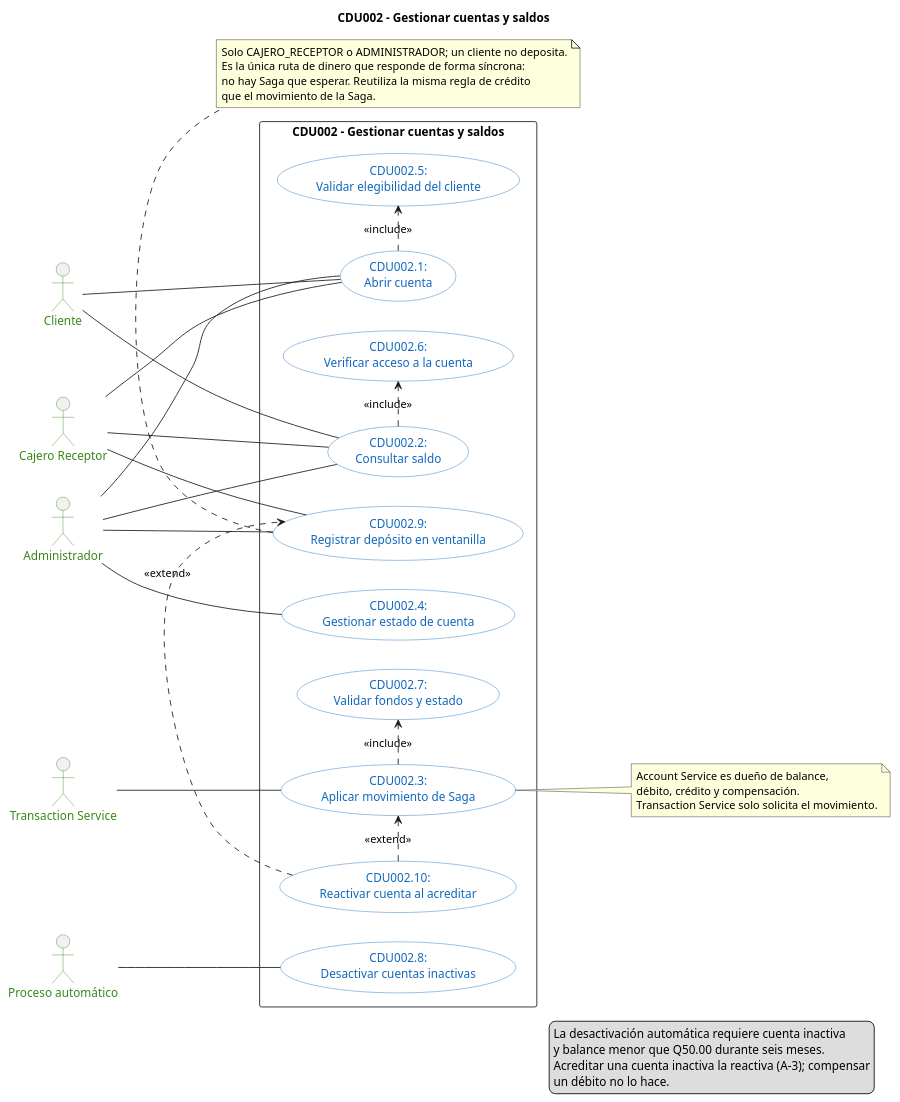
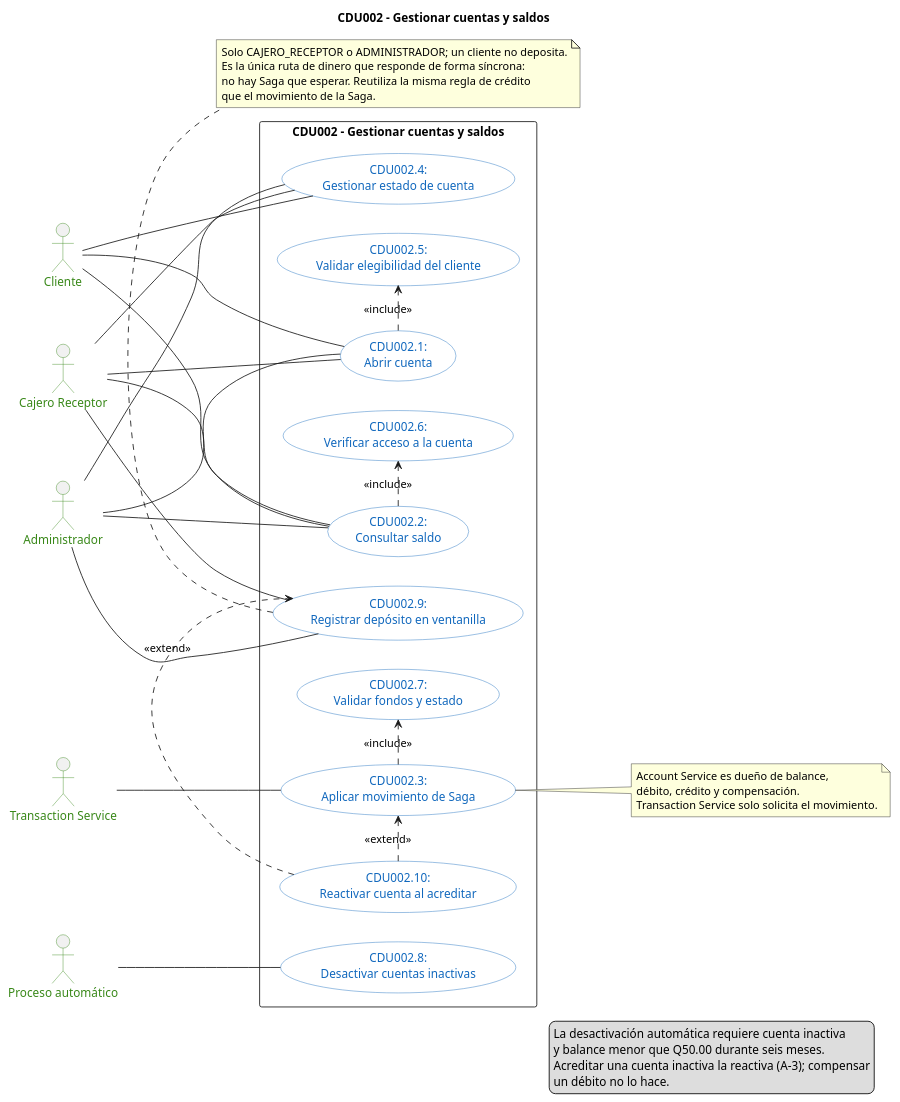
The diagram in docs/architecture/diagrams/cdu/account/account-casos-de-uso.puml (marcosbondel/Proyecto-SA-B-2), drawn with PlantUML before and after one commit. The commit also changed 11 other files, not shown here.

Commit message:
docs: add architecture documentation, deployment guides, and UML diagrams

```diff
--- a/docs/architecture/diagrams/cdu/account/account-casos-de-uso.puml
+++ b/docs/architecture/diagrams/cdu/account/account-casos-de-uso.puml
@@ -1,74 +1,76 @@
 @startuml account-casos-de-uso
 left to right direction
 
 title CDU002 - Gestionar cuentas y saldos
 
 skinparam shadowing false
 skinparam packageStyle rectangle
 skinparam usecase {
     BackgroundColor #FFFFFF
     BorderColor #1168BD
     FontColor #1168BD
 }
 skinparam actor {
     BorderColor #398819
     FontColor #398819
 }
 
 actor "Cliente" as actor_account_customer
 actor "Cajero Receptor" as actor_account_teller
 actor "Administrador" as actor_account_admin
 actor "Transaction Service" as actor_account_transaction
 actor "Proceso automático" as actor_account_scheduler
 
 rectangle "CDU002 - Gestionar cuentas y saldos" as system_account {
     usecase "CDU002.1:\nAbrir cuenta" as uc_account_open
     usecase "CDU002.2:\nConsultar saldo" as uc_account_balance
     usecase "CDU002.3:\nAplicar movimiento de Saga" as uc_account_movement
     usecase "CDU002.4:\nGestionar estado de cuenta" as uc_account_status
     usecase "CDU002.5:\nValidar elegibilidad del cliente" as uc_account_eligibility
     usecase "CDU002.6:\nVerificar acceso a la cuenta" as uc_account_access
     usecase "CDU002.7:\nValidar fondos y estado" as uc_account_funds
     usecase "CDU002.8:\nDesactivar cuentas inactivas" as uc_account_automatic
     usecase "CDU002.9:\nRegistrar depósito en ventanilla" as uc_account_deposit
     usecase "CDU002.10:\nReactivar cuenta al acreditar" as uc_account_reactivate
 }
 
 actor_account_customer -- uc_account_open
 actor_account_customer -- uc_account_balance
+actor_account_customer -- uc_account_status
 actor_account_teller -- uc_account_open
 actor_account_teller -- uc_account_balance
+actor_account_teller -- uc_account_status
 actor_account_admin -- uc_account_open
 actor_account_admin -- uc_account_balance
 actor_account_admin -- uc_account_status
 actor_account_teller -- uc_account_deposit
 actor_account_admin -- uc_account_deposit
 actor_account_transaction -- uc_account_movement
 actor_account_scheduler -- uc_account_automatic
 
 uc_account_open .> uc_account_eligibility : <<include>>
 uc_account_balance .> uc_account_access : <<include>>
 uc_account_movement .> uc_account_funds : <<include>>
 uc_account_reactivate .> uc_account_deposit : <<extend>>
 uc_account_reactivate .> uc_account_movement : <<extend>>
 
 note right of uc_account_movement
     Account Service es dueño de balance,
     débito, crédito y compensación.
     Transaction Service solo solicita el movimiento.
 end note
 
 note bottom of uc_account_deposit
     Solo CAJERO_RECEPTOR o ADMINISTRADOR; un cliente no deposita.
     Es la única ruta de dinero que responde de forma síncrona:
     no hay Saga que esperar. Reutiliza la misma regla de crédito
     que el movimiento de la Saga.
 end note
 
 legend right
     La desactivación automática requiere cuenta inactiva
     y balance menor que Q50.00 durante seis meses.
     Acreditar una cuenta inactiva la reactiva (A-3); compensar
     un débito no lo hace.
 endlegend
 @enduml
```
